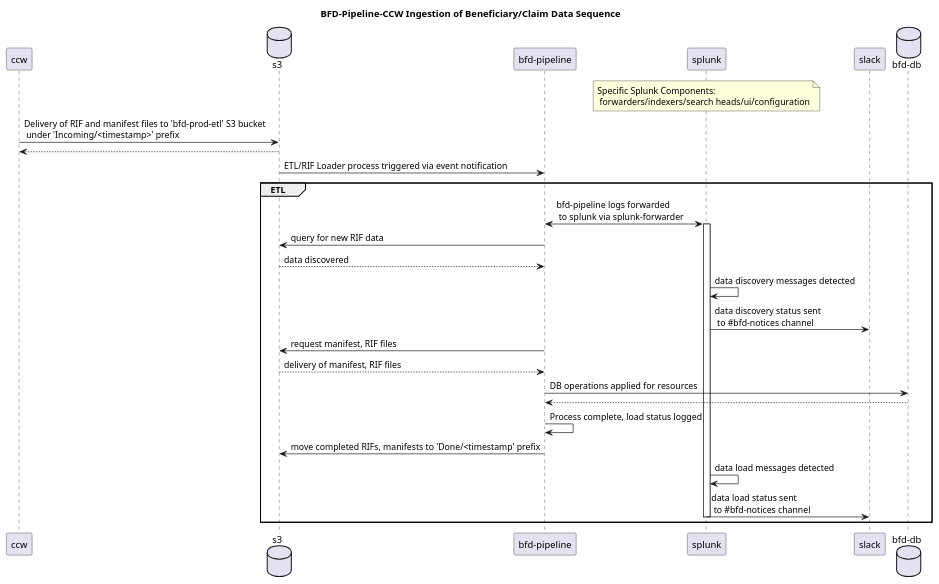
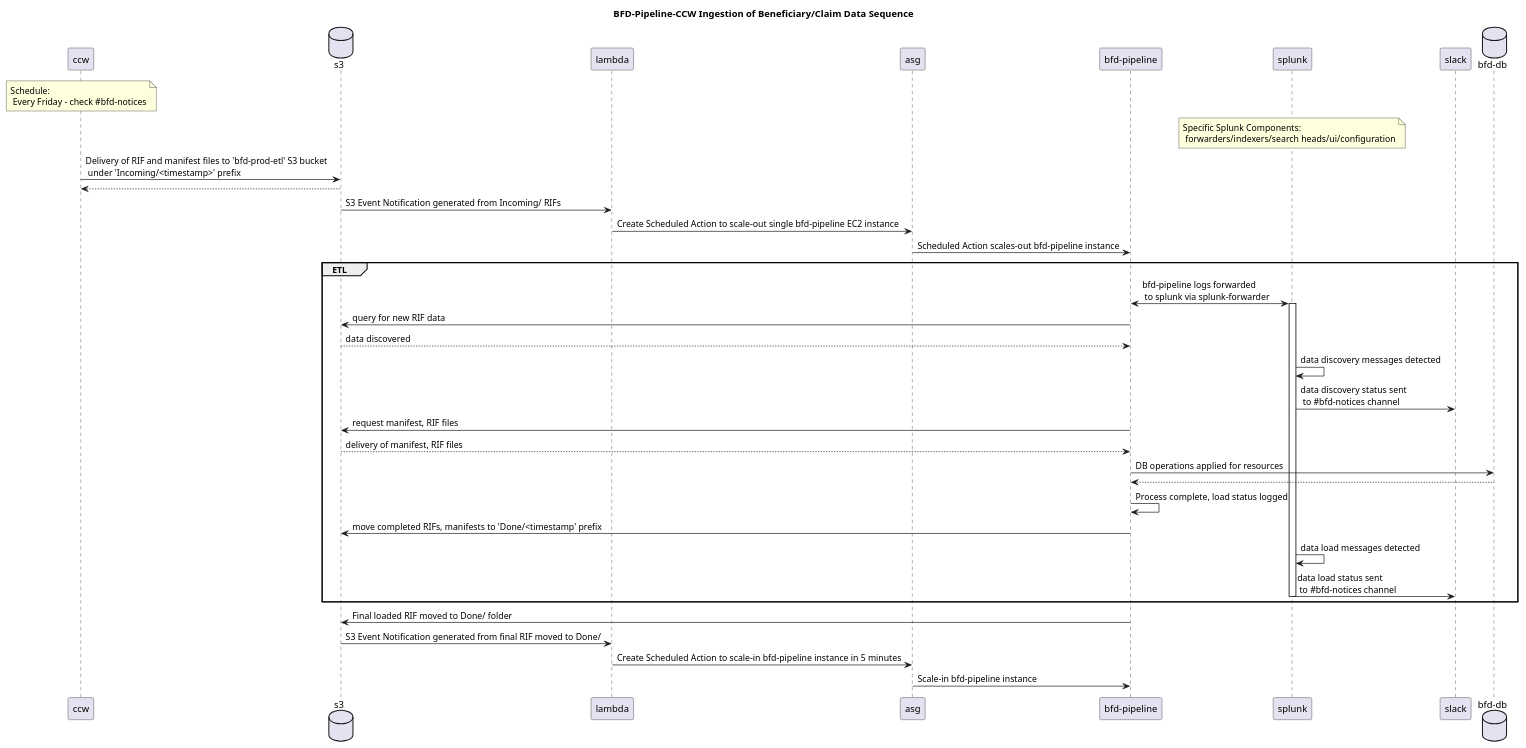
One commit to CMSgov/beneficiary-fhir-data changed the diagram in docs/assets/fhir-resource-ingestion-digestion-diagrams/bfd-pipeline-ccw-ingestion.plantuml. Above: the diagram before and after it, drawn with PlantUML. The commit also changed 12 other files, not shown here.

Commit message:
BFD-3269: Create Architectural Diagrams as Code (#2194)

```diff
--- a/docs/assets/fhir-resource-ingestion-digestion-diagrams/bfd-pipeline-ccw-ingestion.plantuml
+++ b/docs/assets/fhir-resource-ingestion-digestion-diagrams/bfd-pipeline-ccw-ingestion.plantuml
@@ -1,30 +1,39 @@
 @startuml
 title BFD-Pipeline-CCW Ingestion of Beneficiary/Claim Data Sequence
 participant ccw
+note over ccw: Schedule: \n Every Friday - check #bfd-notices 
 database s3
+participant "lambda"
+participant "asg"
 participant "bfd-pipeline"
 participant splunk
 note over splunk: Specific Splunk Components: \n forwarders/indexers/search heads/ui/configuration
 participant slack
 database "bfd-db"
 ccw -> s3: Delivery of RIF and manifest files to 'bfd-prod-etl' S3 bucket \n under 'Incoming/<timestamp>' prefix
 s3 --> ccw
-s3 -> "bfd-pipeline": ETL/RIF Loader process triggered via event notification
+s3 -> "lambda": S3 Event Notification generated from Incoming/ RIFs
+"lambda" -> "asg": Create Scheduled Action to scale-out single bfd-pipeline EC2 instance
+"asg" -> "bfd-pipeline": Scheduled Action scales-out bfd-pipeline instance 
 group ETL
 "bfd-pipeline" <-> splunk: bfd-pipeline logs forwarded \n to splunk via splunk-forwarder
 activate splunk
 "bfd-pipeline" -> s3: query for new RIF data
 s3 --> "bfd-pipeline": data discovered
 splunk -> splunk: data discovery messages detected
 splunk -> slack: data discovery status sent \n to #bfd-notices channel
 "bfd-pipeline" -> s3: request manifest, RIF files
 s3 --> "bfd-pipeline": delivery of manifest, RIF files
 "bfd-pipeline" -> "bfd-db": DB operations applied for resources
 "bfd-db" --> "bfd-pipeline"
 "bfd-pipeline" -> "bfd-pipeline": Process complete, load status logged
 "bfd-pipeline" -> s3: move completed RIFs, manifests to 'Done/<timestamp' prefix
 splunk -> splunk: data load messages detected
 splunk -> slack: data load status sent \n to #bfd-notices channel
 deactivate splunk
 end
+"bfd-pipeline" -> s3: Final loaded RIF moved to Done/ folder
+s3 -> "lambda": S3 Event Notification generated from final RIF moved to Done/
+"lambda" -> "asg": Create Scheduled Action to scale-in bfd-pipeline instance in 5 minutes
+"asg" -> "bfd-pipeline": Scale-in bfd-pipeline instance
 @enduml
```
